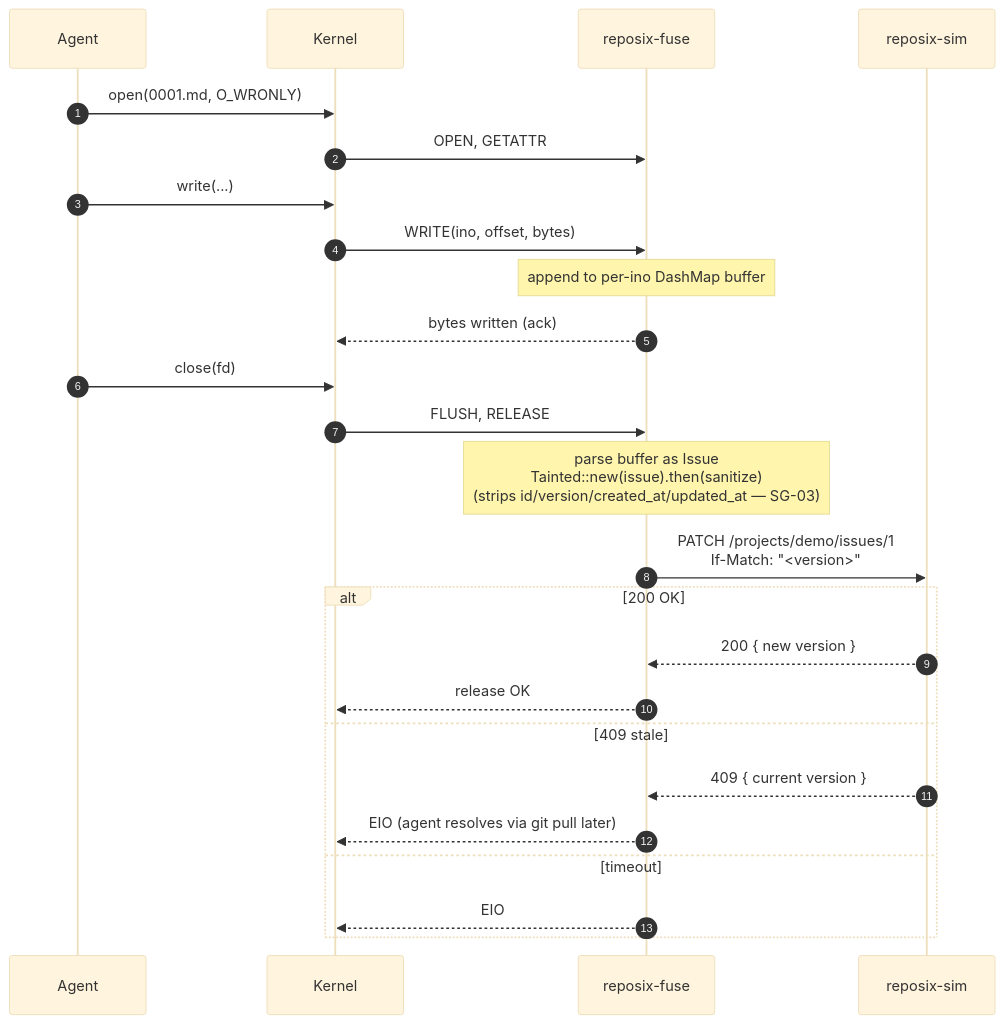
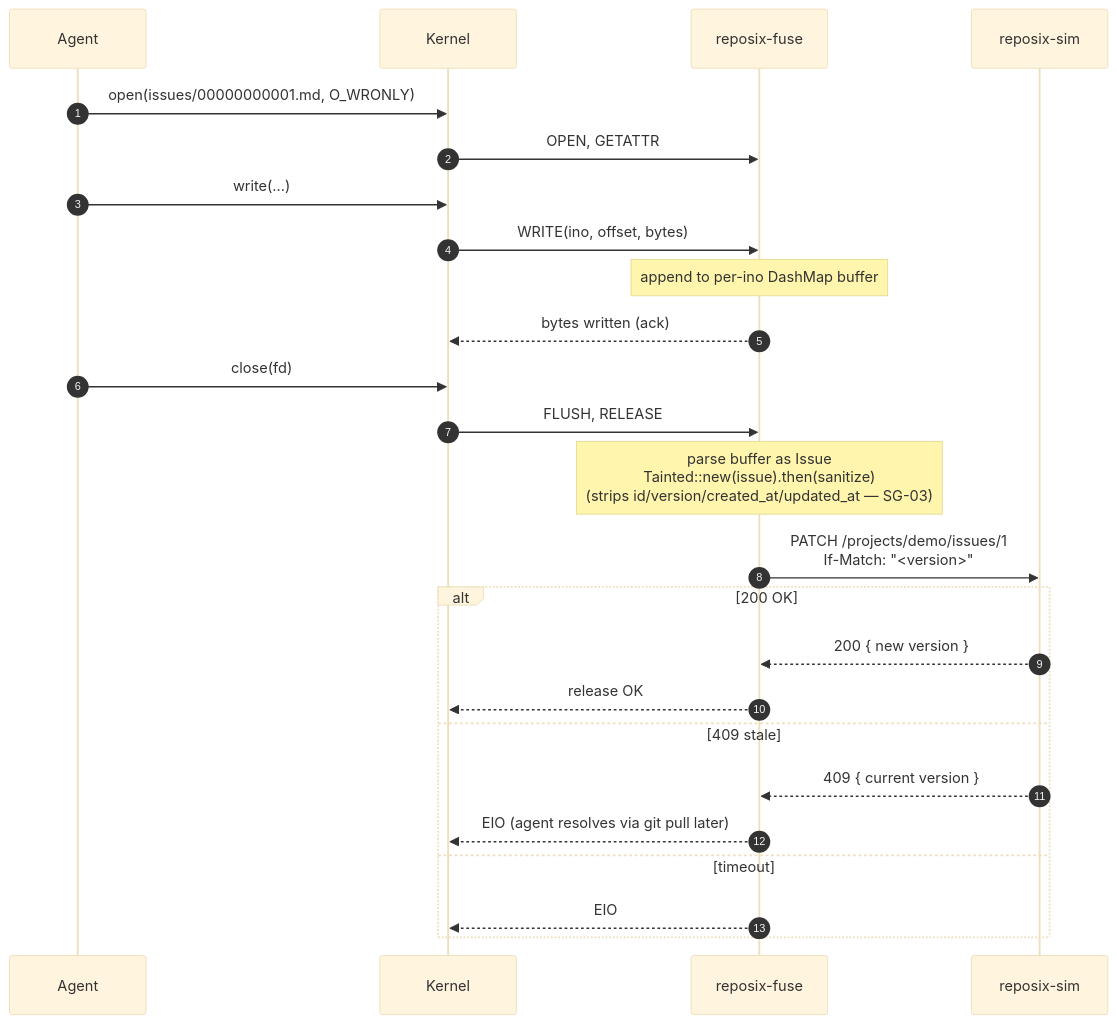
The fourth of 7 diagrams in docs/architecture.md (reubenjohn/reposix), drawn with Mermaid (base theme) before and after one commit. The commit also changed other lines of this file and 5 other files, not shown here.

First line of the commit message:
docs(13-D1): migrate walkthroughs + architecture diagrams to nested layout

````diff
--- a/docs/architecture.md
+++ b/docs/architecture.md
@@ -114,27 +114,27 @@
 ```mermaid
 sequenceDiagram
   autonumber
   participant A as Agent
   participant K as Kernel
   participant F as reposix-fuse
   participant S as reposix-sim
-  A->>K: open(0001.md, O_WRONLY)
+  A->>K: open(issues/00000000001.md, O_WRONLY)
   K->>F: OPEN, GETATTR
   A->>K: write(...)
   K->>F: WRITE(ino, offset, bytes)
   Note over F: append to per-ino DashMap buffer
   F-->>K: bytes written (ack)
   A->>K: close(fd)
   K->>F: FLUSH, RELEASE
   Note over F: parse buffer as Issue<br/>Tainted::new(issue).then(sanitize)<br/>(strips id/version/created_at/updated_at — SG-03)
   F->>S: PATCH /projects/demo/issues/1<br/>If-Match: "<version>"
   alt 200 OK
     S-->>F: 200 { new version }
     F-->>K: release OK
   else 409 stale
     S-->>F: 409 { current version }
     F-->>K: EIO (agent resolves via git pull later)
   else timeout
     F-->>K: EIO
   end
 ```
````
